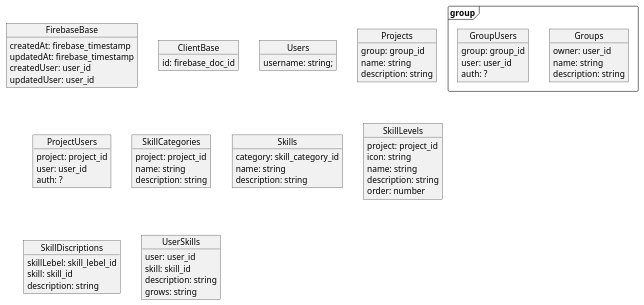
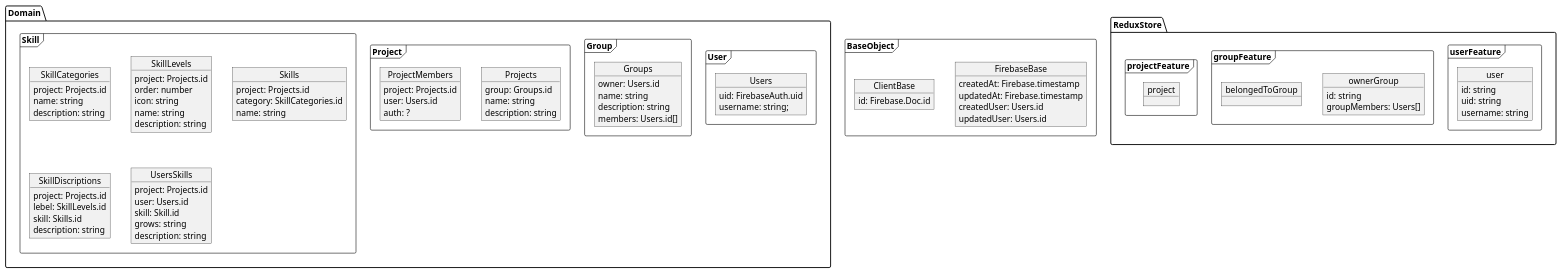
One commit to shigarashi1/skill-map-creater changed the diagram in .specs/diagrams/schema.pu. Above: the diagram before and after it, drawn with PlantUML.

Commit message:
修正

```diff
--- a/.specs/diagrams/schema.pu
+++ b/.specs/diagrams/schema.pu
@@ -1,78 +1,109 @@
 @startuml schema-diagram
 
-' FirebaseBaseObject
-object FirebaseBase {
-  createdAt: firebase_timestamp
-  updatedAt: firebase_timestamp
-	createdUser: user_id
-  updatedUser: user_id
-}
-
-object ClientBase {
-  id: firebase_doc_id
-}
-
-object Users {
-	username: string;
-}
-
-frame group {
-	object Groups {
-		owner: user_id
-		name: string
-		description: string
+frame BaseObject {
+	' FirebaseBaseObject
+	object FirebaseBase {
+		createdAt: Firebase.timestamp
+		updatedAt: Firebase.timestamp
+		createdUser: Users.id
+		updatedUser: Users.id
 	}
-
-	object GroupUsers {
-		group: group_id
-		user: user_id
-		auth: ?
+	object ClientBase {
+		id: Firebase.Doc.id
 	}
 }
 
-object Projects {
-	group: group_id
-	name: string
-	description: string
+package Domain {
+	frame User {
+		object Users {
+			uid: FirebaseAuth.uid
+			username: string;
+		}
+	}
+
+	frame Group {
+		object Groups {
+			owner: Users.id
+			name: string
+			description: string
+			members: Users.id[]
+		}
+	}
+
+	frame Project { 
+		object Projects {
+			group: Groups.id
+			name: string
+			description: string
+		}
+
+		object ProjectMembers {
+			project: Projects.id
+			user: Users.id
+			auth: ?
+		}
+	}
+
+	frame Skill { 
+		object SkillCategories {
+			project: Projects.id
+			name: string
+			description: string
+		}
+
+		object SkillLevels {
+			project: Projects.id
+			order: number
+			icon: string
+			name: string
+			description: string
+		}
+
+		object Skills {
+			project: Projects.id
+			category: SkillCategories.id
+			name: string
+		}
+
+		object SkillDiscriptions {
+			project: Projects.id
+			lebel: SkillLevels.id
+			skill: Skills.id
+			description: string
+		}
+
+		object UsersSkills {
+			project: Projects.id
+			user: Users.id
+			skill: Skill.id
+			grows: string
+			description: string
+		}
+	}
 }
 
-object ProjectUsers {
-	project: project_id
-	user: user_id
-	auth: ?
-}
+package ReduxStore {
+	frame userFeature {
+		object user {
+			id: string
+			uid: string
+			username: string
+		}
+	}
 
-object SkillCategories {
-	project: project_id
-	name: string
-	description: string
-}
+	frame groupFeature {
+		object ownerGroup {
+			id: string
+			groupMembers: Users[]
+		}
+		object belongedToGroup {
+		}
+	}
 
-object Skills {
-	category: skill_category_id
-	name: string
-	description: string
-}
-
-object SkillLevels {
-	project: project_id
-	icon: string
-	name: string
-	description: string
-	order: number
-}
-
-object SkillDiscriptions {
-	skillLebel: skill_lebel_id
-	skill: skill_id
-	description: string
-}
-
-object UserSkills {
-	user: user_id
-	skill: skill_id
-	description: string
-	grows: string
+	frame projectFeature {
+		object project {
+		}
+	}
 }
 
 @enduml
```
